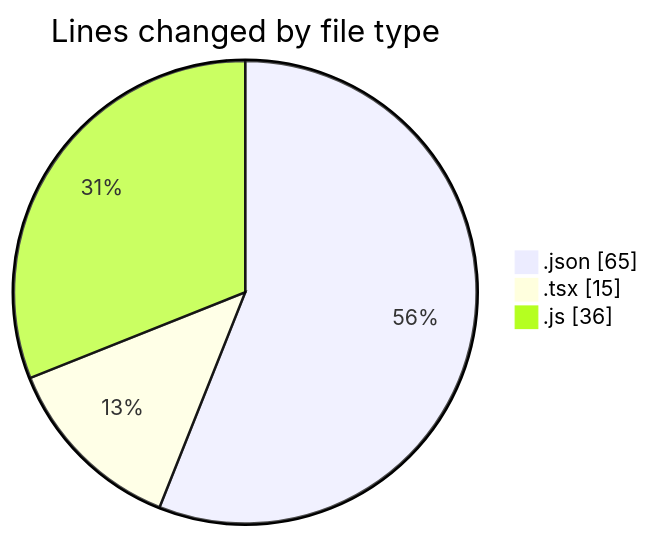
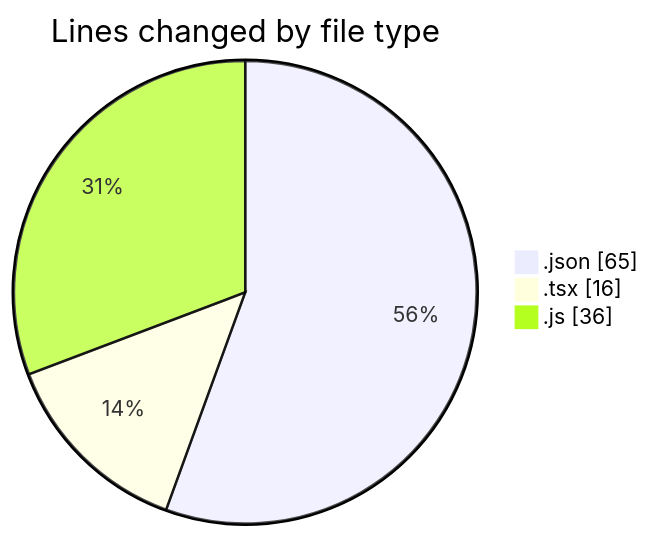
Before and after one commit to EIIisD/code-tracking: the first of 2 diagrams in 2025-08-07/heroui/README.md, drawn with Mermaid. The commit also changed other lines of this file and 1 other file, not shown here.

````diff
--- a/2025-08-07/heroui/README.md
+++ b/2025-08-07/heroui/README.md
@@ -22,7 +22,7 @@
 ```mermaid
 pie showData
 title Lines changed by file type
 ".json" : 65
-".tsx" : 15
+".tsx" : 16
 ".js" : 36
 ```
````
